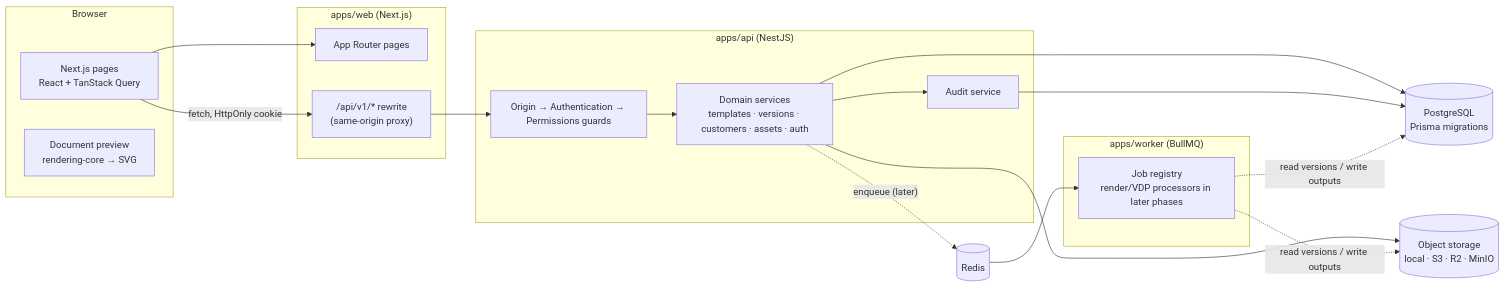
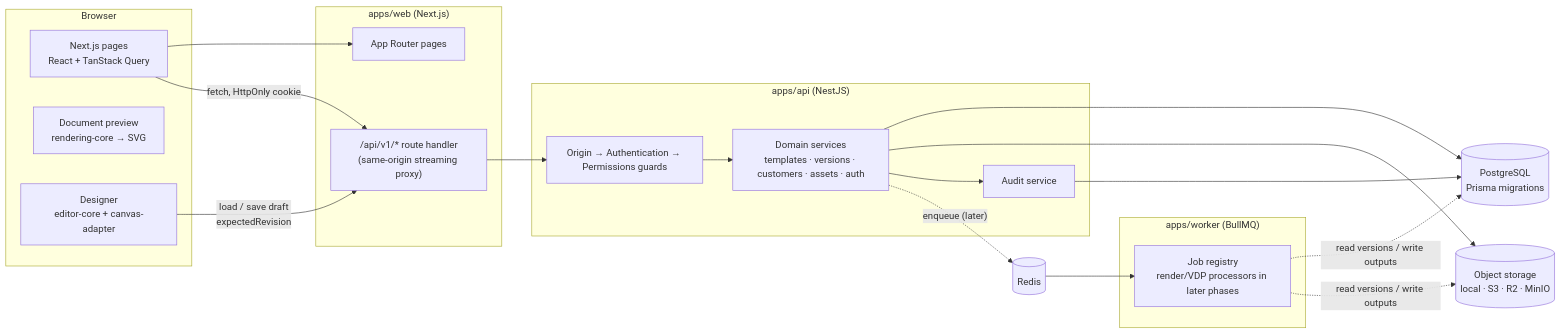
One commit to shuvo1s/SmartTag changed the first of 2 diagrams in docs/architecture.md. Above: the diagram before and after it, drawn with Mermaid. The commit also changed other lines of this file and 9 other files, not shown here.

First line of the commit message:
docs: designer, typography, precision and Phase 2 architecture

````diff
--- a/docs/architecture.md
+++ b/docs/architecture.md
@@ -13,34 +13,36 @@
 ```mermaid
 flowchart LR
   subgraph Browser
     UI[Next.js pages<br/>React + TanStack Query]
     Preview[Document preview<br/>rendering-core → SVG]
+    Designer[Designer<br/>editor-core + canvas-adapter]
   end
 
   subgraph "apps/web (Next.js)"
     Pages[App Router pages]
-    Proxy["/api/v1/* rewrite<br/>(same-origin proxy)"]
+    Proxy["/api/v1/* route handler<br/>(same-origin streaming proxy)"]
   end
 
   subgraph "apps/api (NestJS)"
     Guards[Origin → Authentication → Permissions guards]
     Services[Domain services<br/>templates · versions · customers · assets · auth]
     Audit[Audit service]
   end
 
   subgraph "apps/worker (BullMQ)"
     Jobs[Job registry<br/>render/VDP processors in later phases]
   end
 
   DB[(PostgreSQL<br/>Prisma migrations)]
   Store[(Object storage<br/>local · S3 · R2 · MinIO)]
   Redis[(Redis)]
 
   UI --> Pages
+  Designer -->|load / save draft<br/>expectedRevision| Proxy
   UI -->|fetch, HttpOnly cookie| Proxy --> Guards --> Services
   Services --> DB
   Services --> Store
   Services --> Audit --> DB
   Services -. enqueue (later) .-> Redis --> Jobs
   Jobs -. read versions / write outputs .-> DB & Store
 ```
````
